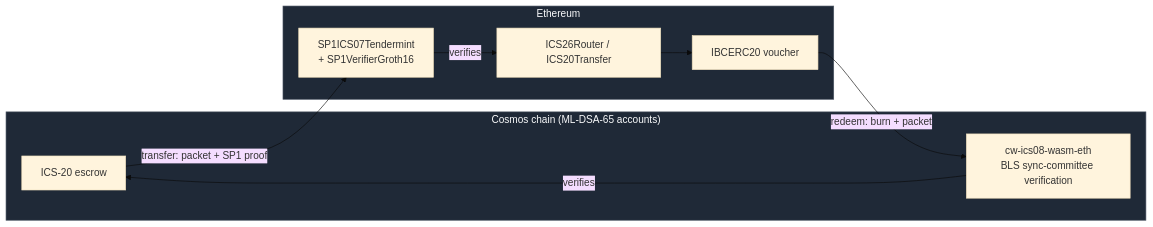
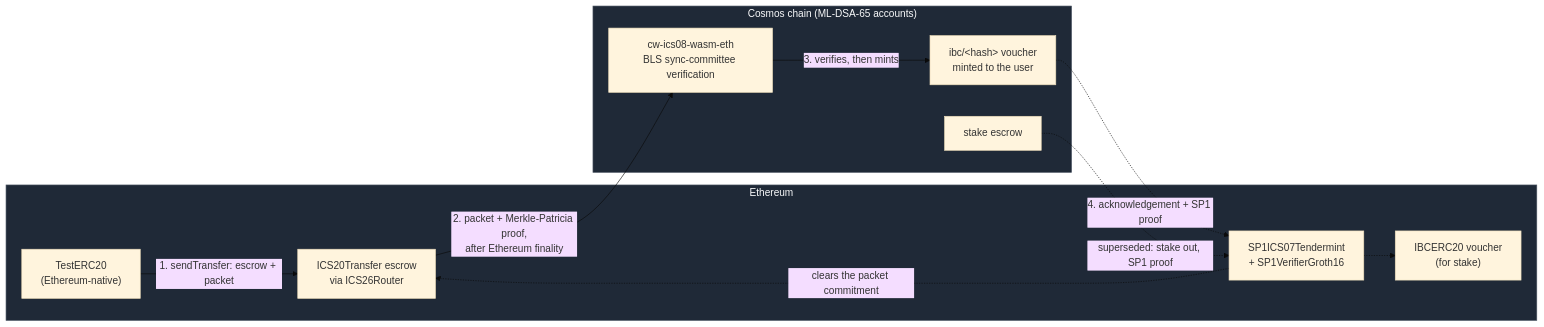
One commit to raaj2045/pqc-migration changed the diagram in docs/architecture.md. Above: the diagram before and after it, drawn with Mermaid (base theme). The commit also changed other lines of this file and 6 other files, not shown here.

First line of the commit message:
docs: put the Ethereum -> Cosmos migration first, and count every ML-DSA-44 module

````diff
--- a/docs/architecture.md
+++ b/docs/architecture.md
@@ -48,23 +55,27 @@
 ```mermaid
 flowchart LR
-    subgraph COSMOS["Cosmos chain (ML-DSA-65 accounts)"]
-        ESCROW["ICS-20 escrow"]
-        WASMLC["cw-ics08-wasm-eth<br/>BLS sync-committee verification"]
+    subgraph ETH["Ethereum"]
+        ERC20["TestERC20<br/>(Ethereum-native)"]
+        ESCROW["ICS20Transfer escrow<br/>via ICS26Router"]
+        SP1LC["SP1ICS07Tendermint<br/>+ SP1VerifierGroth16"]
+        IBCERC20["IBCERC20 voucher<br/>(for stake)"]
     end
 
-    subgraph ETH["Ethereum"]
-        ROUTER["ICS26Router / ICS20Transfer"]
-        VOUCHER["IBCERC20 voucher"]
-        SP1LC["SP1ICS07Tendermint<br/>+ SP1VerifierGroth16"]
+    subgraph COSMOS["Cosmos chain (ML-DSA-65 accounts)"]
+        WASMLC["cw-ics08-wasm-eth<br/>BLS sync-committee verification"]
+        MINT["ibc/#lt;hash#gt; voucher<br/>minted to the user"]
+        STAKE["stake escrow"]
     end
 
-    ESCROW -- "transfer: packet + SP1 proof" --> SP1LC
-    SP1LC -- verifies --> ROUTER
-    ROUTER --> VOUCHER
+    ERC20 -- "1. sendTransfer: escrow + packet" --> ESCROW
+    ESCROW -- "2. packet + Merkle-Patricia proof,<br/>after Ethereum finality" --> WASMLC
+    WASMLC -- "3. verifies, then mints" --> MINT
+    MINT -.->|"4. acknowledgement + SP1 proof"| SP1LC
+    SP1LC -.->|"clears the packet commitment"| ESCROW
 
-    VOUCHER -- "redeem: burn + packet" --> WASMLC
-    WASMLC -- verifies --> ESCROW
+    STAKE -.->|"superseded: stake out, SP1 proof"| SP1LC
+    SP1LC -.-> IBCERC20
 
+    style ETH fill:#1f2937,stroke:#4b5563,color:#f9fafb
     style COSMOS fill:#1f2937,stroke:#4b5563,color:#f9fafb
-    style ETH fill:#1f2937,stroke:#4b5563,color:#f9fafb
 ```
````
